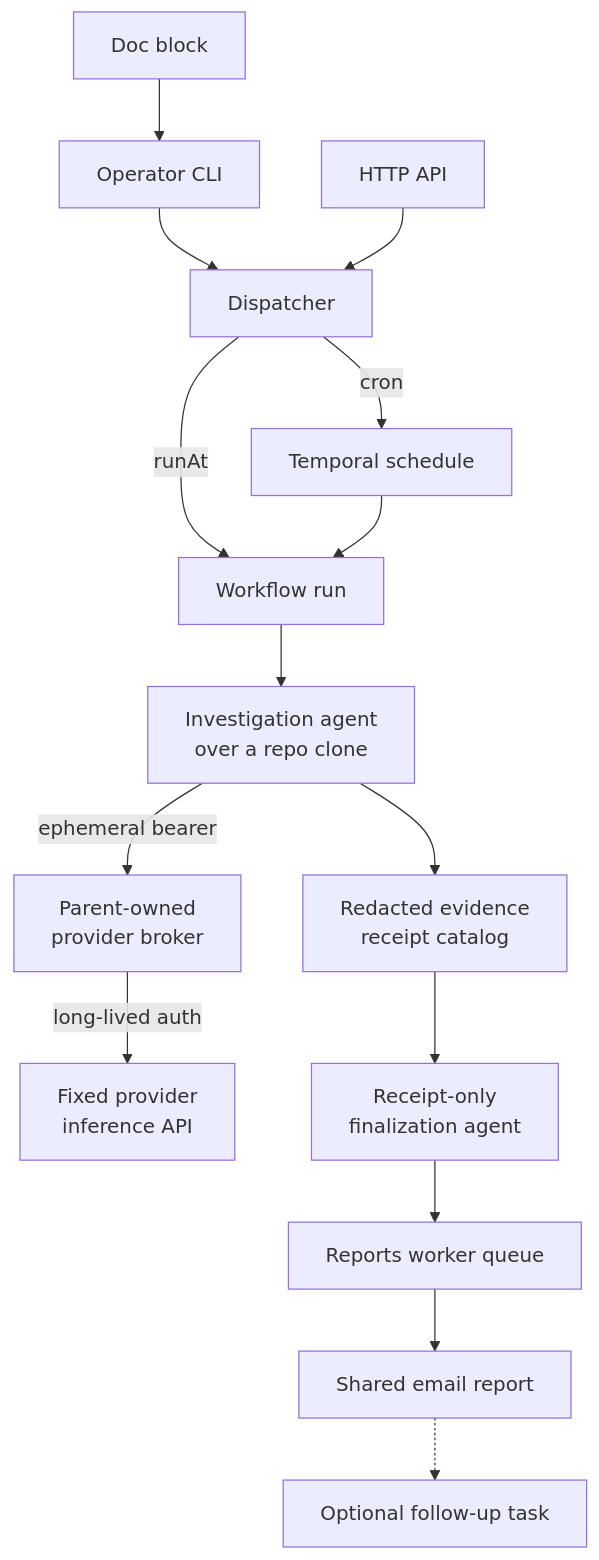
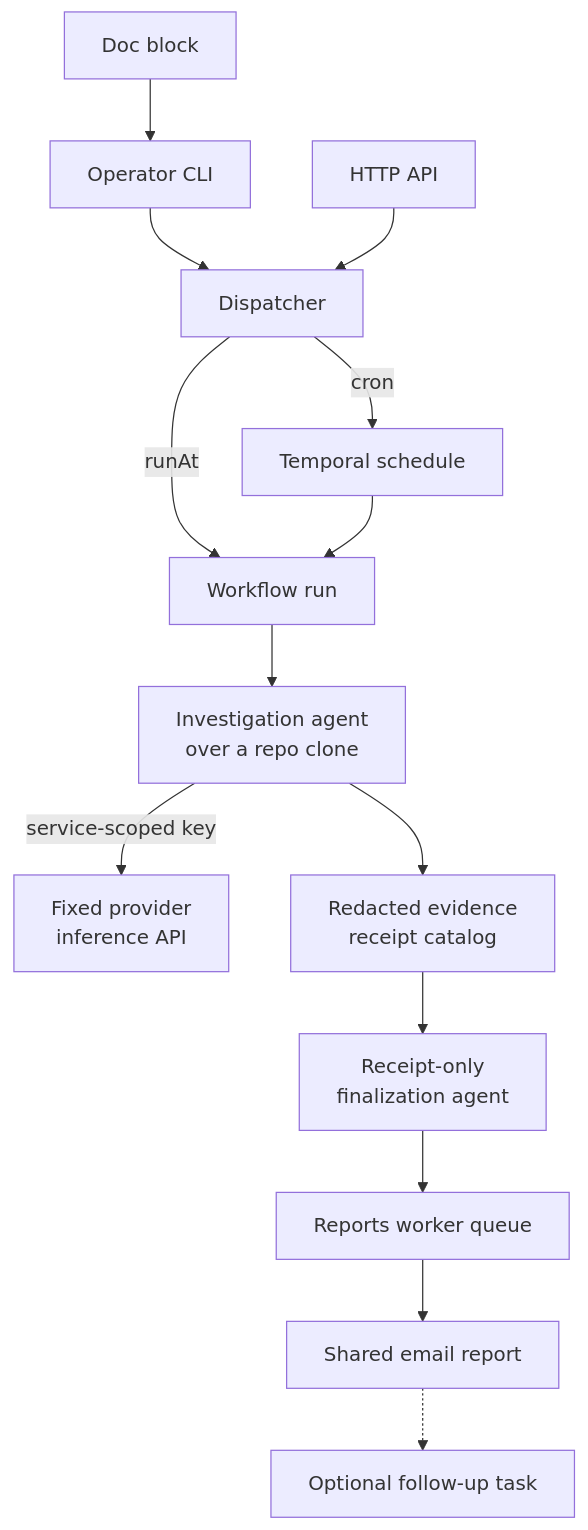
The diagram in packages/docs/wiki/src/content/docs/explanation/temporal/agent-task-boundary.md (shepherdjerred/monorepo), drawn with Mermaid before and after one commit. The commit also changed other lines of this file and 31 other files, not shown here.

````diff
--- a/packages/docs/wiki/src/content/docs/explanation/temporal/agent-task-boundary.md
+++ b/packages/docs/wiki/src/content/docs/explanation/temporal/agent-task-boundary.md
@@ -13,20 +13,19 @@
 ```mermaid
 flowchart TD
   accTitle: Agent task lifecycle
   accDescr: A doc block via the operator CLI, or the authenticated HTTP API, submits a task to one dispatcher, which either upserts a cron schedule or starts a one-off workflow. The workflow investigates over a repo clone, captures redacted evidence receipts, finalizes only from that catalog, sends a shared report, and may dispatch one follow-up.
 
   B[Doc block] --> CLI[Operator CLI]
   CLI --> DIS[Dispatcher]
   API[HTTP API] --> DIS
   DIS -->|cron| SCH[Temporal schedule]
   DIS -->|runAt| WF[Workflow run]
   SCH --> WF
   WF --> I[Investigation agent<br>over a repo clone]
-  I -->|ephemeral bearer| BKR[Parent-owned<br>provider broker]
-  BKR -->|long-lived auth| PAPI[Fixed provider<br>inference API]
+  I -->|service-scoped key| PAPI[Fixed provider<br>inference API]
   I --> R[Redacted evidence<br>receipt catalog]
   R --> FNL[Receipt-only<br>finalization agent]
   FNL --> CQ[Reports worker queue]
   CQ --> E[Shared email report]
   E -.-> F[Optional follow-up task]
 ```
````
